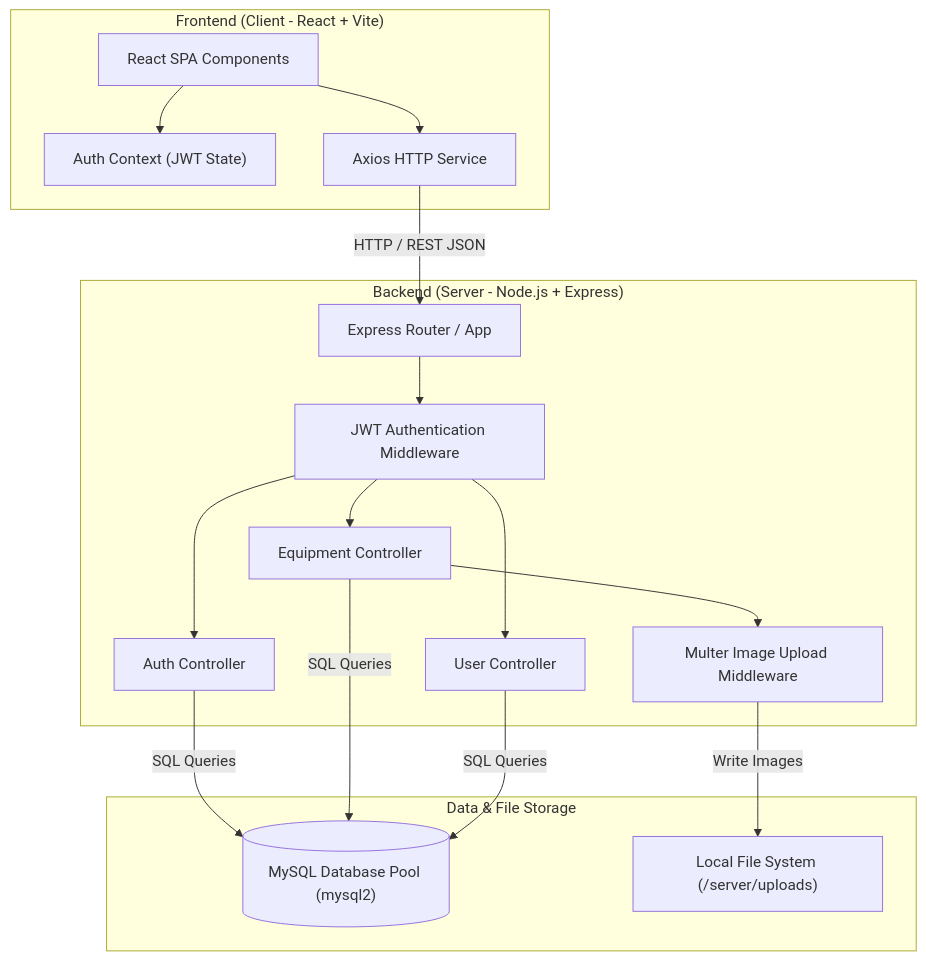
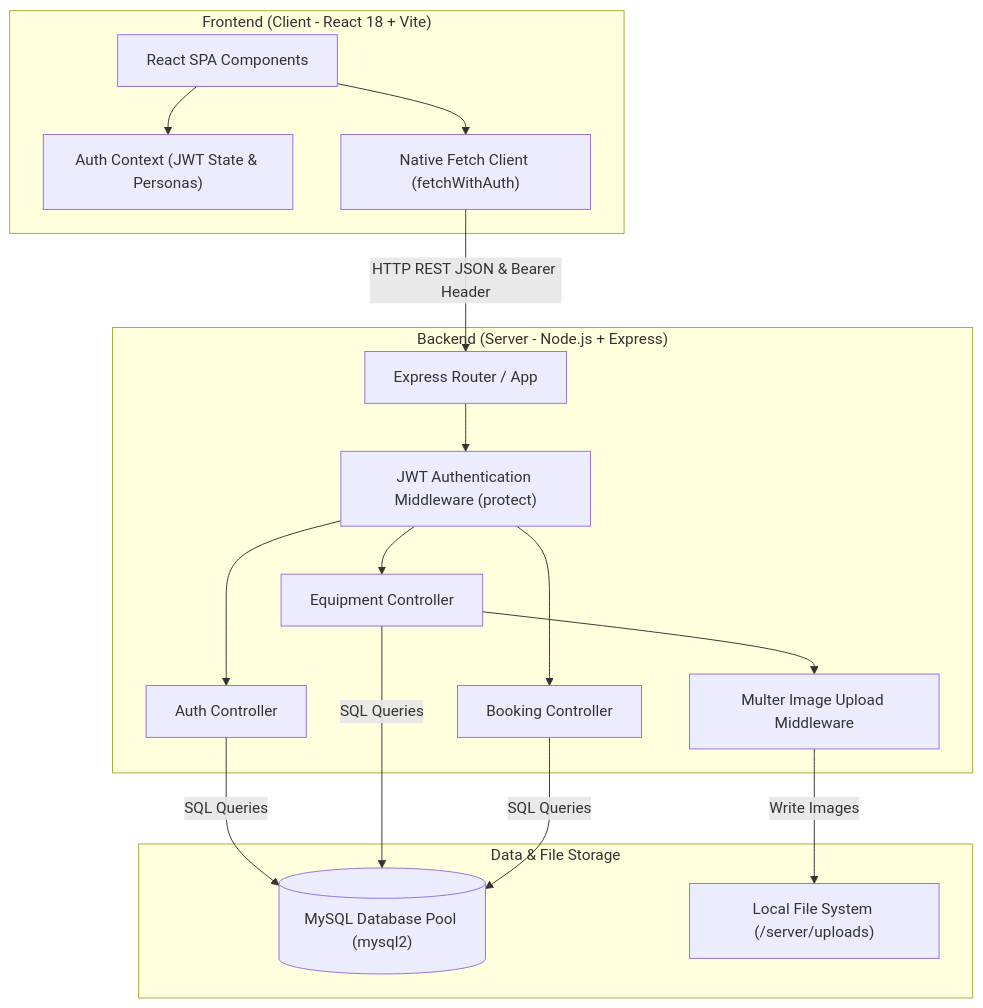
One commit to smsanjay991-cell/Agricultural-Equipment-Rental-Marketplace changed the diagram in README.md. Above: the diagram before and after it, drawn with Mermaid. The commit also changed other lines of this file and 28 other files, not shown here.

````diff
--- a/README.md
+++ b/README.md
@@ -136,35 +103,35 @@
 ```mermaid
 graph TD
-    subgraph Client Tier ["Frontend (Client - React + Vite)"]
+    subgraph Client Tier ["Frontend (Client - React 18 + Vite)"]
         UI["React SPA Components"]
-        AuthCtx["Auth Context (JWT State)"]
-        AxiosClient["Axios HTTP Service"]
+        AuthCtx["Auth Context (JWT State & Personas)"]
+        FetchClient["Native Fetch Client (fetchWithAuth)"]
     end
 
     subgraph API Tier ["Backend (Server - Node.js + Express)"]
         App["Express Router / App"]
-        JWTMiddleware["JWT Authentication Middleware"]
+        JWTMiddleware["JWT Authentication Middleware (protect)"]
         UploadMiddleware["Multer Image Upload Middleware"]
         AuthCtrl["Auth Controller"]
         EqCtrl["Equipment Controller"]
-        UserCtrl["User Controller"]
+        BookingCtrl["Booking Controller"]
     end
 
     subgraph Data & Storage Tier ["Data & File Storage"]
         MySQL[("MySQL Database Pool (mysql2)")]
         UploadsDir["Local File System (/server/uploads)"]
     end
 
     UI --> AuthCtx
-    UI --> AxiosClient
-    AxiosClient -->|HTTP / REST JSON| App
+    UI --> FetchClient
+    FetchClient -->|HTTP REST JSON & Bearer Header| App
     App --> JWTMiddleware
     JWTMiddleware --> AuthCtrl
     JWTMiddleware --> EqCtrl
-    JWTMiddleware --> UserCtrl
+    JWTMiddleware --> BookingCtrl
     EqCtrl --> UploadMiddleware
     UploadMiddleware -->|Write Images| UploadsDir
     AuthCtrl -->|SQL Queries| MySQL
     EqCtrl -->|SQL Queries| MySQL
-    UserCtrl -->|SQL Queries| MySQL
+    BookingCtrl -->|SQL Queries| MySQL
 ```
````
